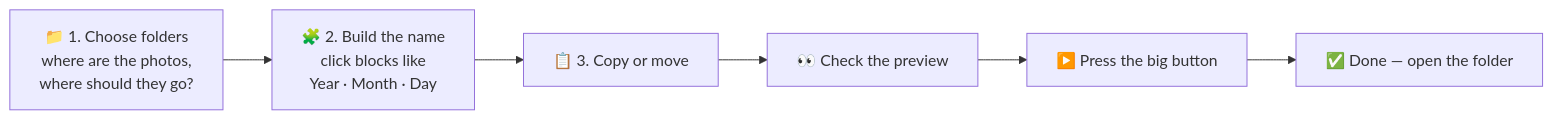
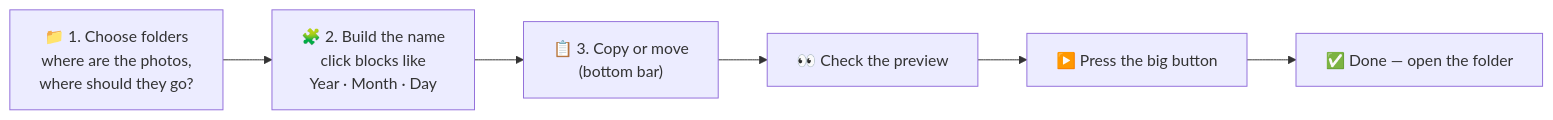
Before and after one commit to jannikjordan/snapdate: the first of 2 diagrams in docs/user-guide.en.md, drawn with Mermaid. The commit also changed other lines of this file and 57 other files, not shown here.

````diff
--- a/docs/user-guide.en.md
+++ b/docs/user-guide.en.md
@@ -51,8 +51,8 @@
 ```mermaid
 flowchart LR
     A["📁 1. Choose folders<br/>where are the photos,<br/>where should they go?"] --> B["🧩 2. Build the name<br/>click blocks like<br/>Year · Month · Day"]
-    B --> C["📋 3. Copy or move"]
+    B --> C["📋 3. Copy or move<br/>(bottom bar)"]
     C --> D["👀 Check the preview"]
     D --> E["▶️ Press the big button"]
     E --> F["✅ Done — open the folder"]
 ```
````
